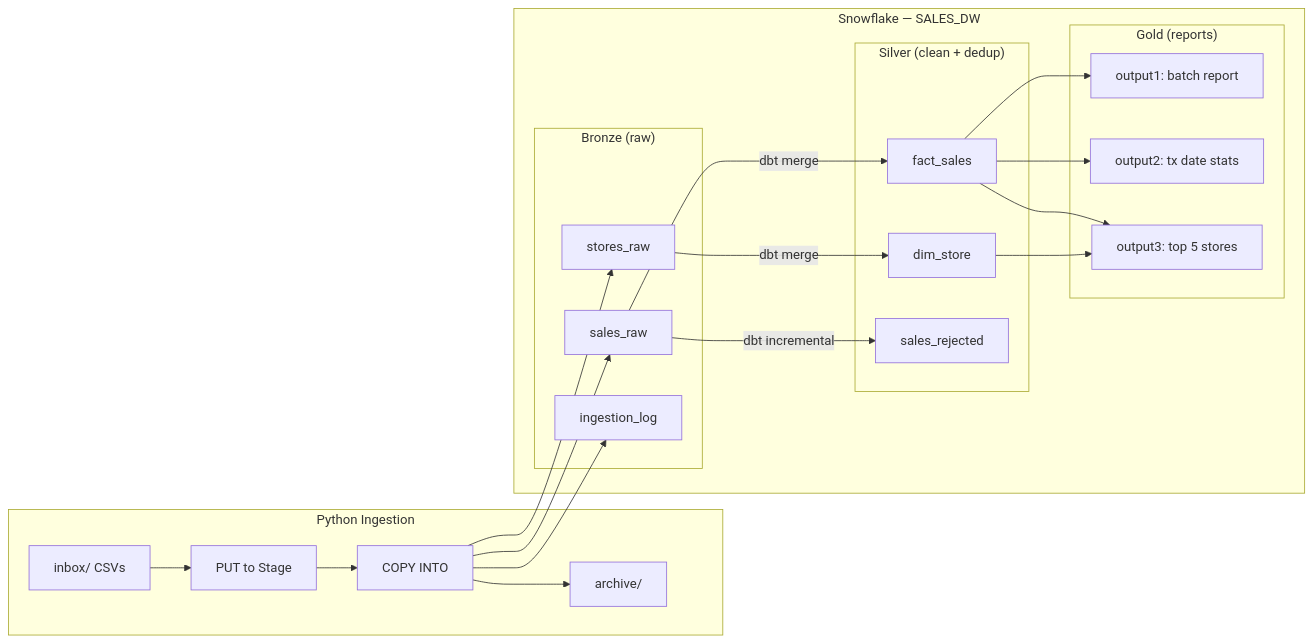
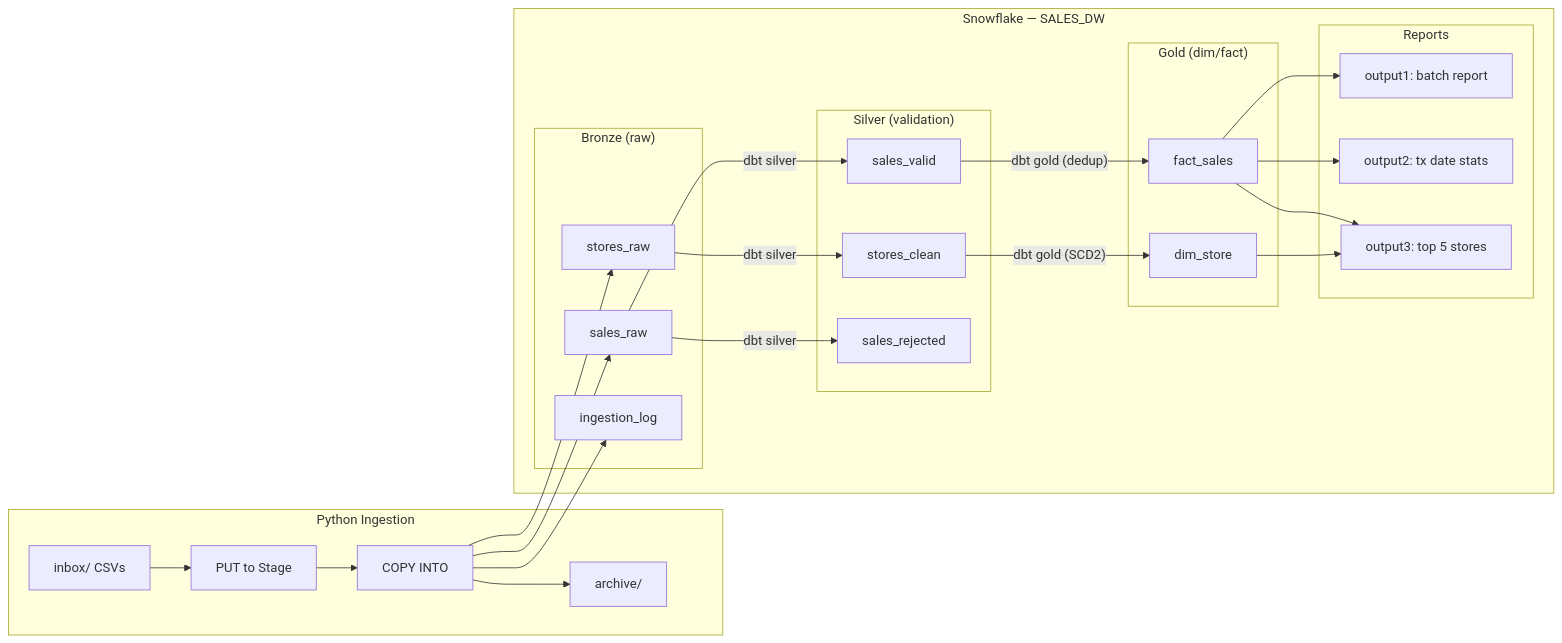
Before and after one commit to henrique-frank/store-sales-pipeline: the diagram in README.md, drawn with Mermaid. The commit also changed other lines of this file, not shown here.

First line of the commit message:
docs: align README/demo guide with Gold+Reports layers

````diff
--- a/README.md
+++ b/README.md
@@ -7,37 +7,43 @@
 ```mermaid
 flowchart LR
   subgraph ingestion ["Python Ingestion"]
     inbox["inbox/ CSVs"] --> stage["PUT to Stage"]
     stage --> copy["COPY INTO"]
     copy --> archive["archive/"]
   end
 
   subgraph snowflake ["Snowflake — SALES_DW"]
     subgraph bronze ["Bronze (raw)"]
       storesRaw[stores_raw]
       salesRaw[sales_raw]
       logTable[ingestion_log]
     end
-    subgraph silver ["Silver (clean + dedup)"]
+    subgraph silver ["Silver (validation)"]
+      storesClean[stores_clean]
+      salesValid[sales_valid]
+      salesRejected[sales_rejected]
+    end
+    subgraph gold ["Gold (dim/fact)"]
       dimStore[dim_store]
       factSales[fact_sales]
-      rejected[sales_rejected]
     end
-    subgraph gold ["Gold (reports)"]
+    subgraph reports ["Reports"]
       out1["output1: batch report"]
       out2["output2: tx date stats"]
       out3["output3: top 5 stores"]
     end
   end
 
   copy --> storesRaw
   copy --> salesRaw
   copy --> logTable
-  storesRaw -->|"dbt merge"| dimStore
-  salesRaw -->|"dbt merge"| factSales
-  salesRaw -->|"dbt incremental"| rejected
+  storesRaw -->|"dbt silver"| storesClean
+  salesRaw -->|"dbt silver"| salesValid
+  salesRaw -->|"dbt silver"| salesRejected
+  storesClean -->|"dbt gold (SCD2)"| dimStore
+  salesValid -->|"dbt gold (dedup)"| factSales
   factSales --> out1
   factSales --> out2
   factSales --> out3
   dimStore --> out3
 ```
````
